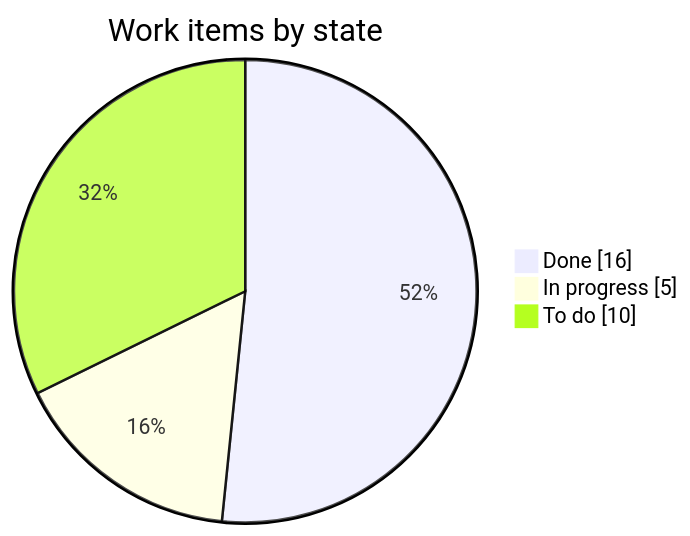
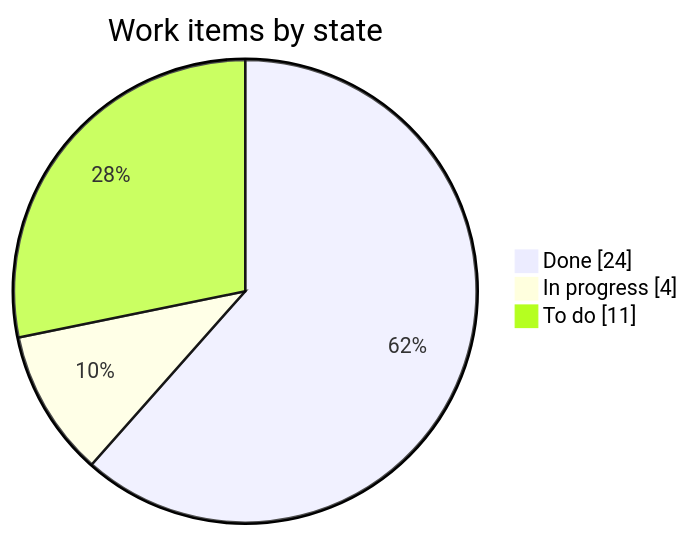
Before and after one commit to LoMagnette/ghost-light: the first of 2 diagrams in STATUS.md, drawn with Mermaid. The commit also changed other lines of this file and 1 other file, not shown here.

````diff
--- a/STATUS.md
+++ b/STATUS.md
@@ -28,7 +30,7 @@
 ```mermaid
 pie showData
     title Work items by state
-    "Done" : 16
-    "In progress" : 5
-    "To do" : 10
+    "Done" : 24
+    "In progress" : 4
+    "To do" : 11
 ```
````
